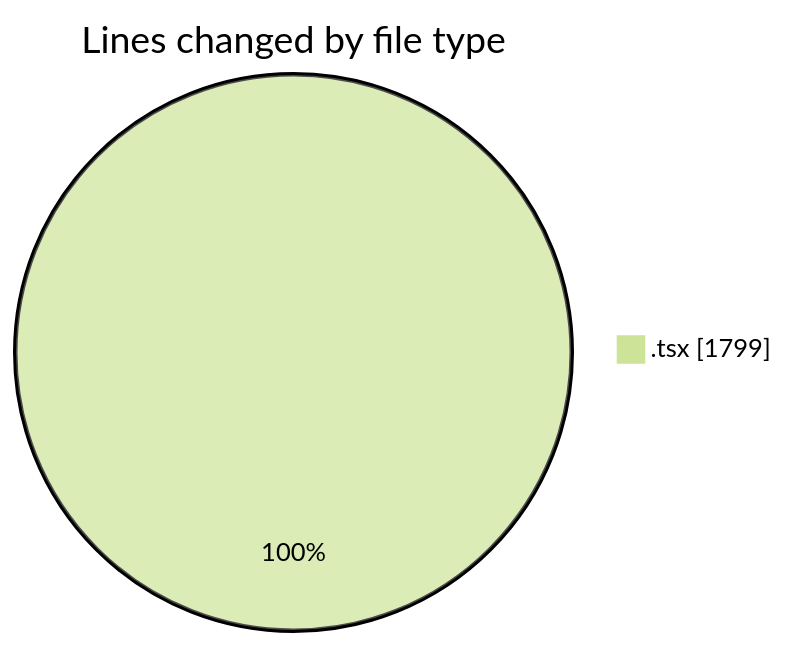
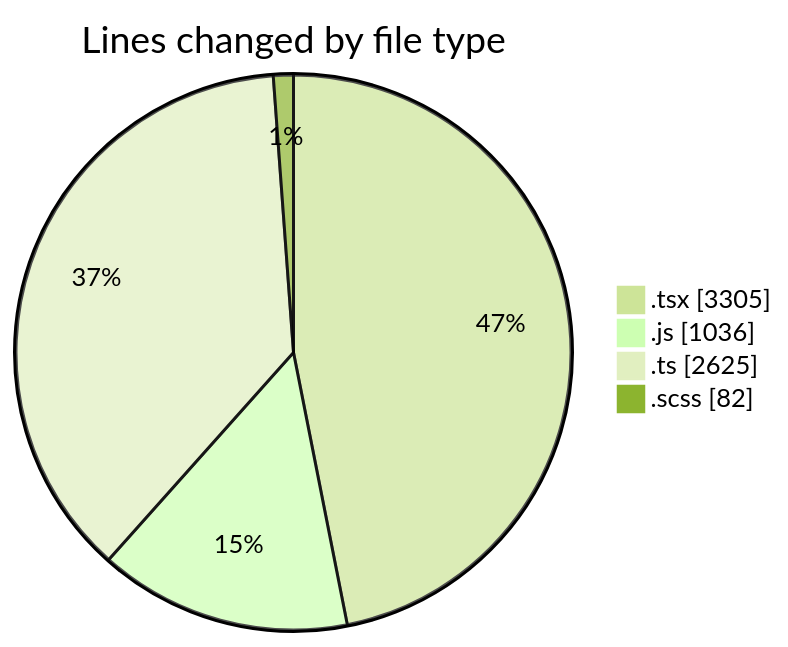
Before and after one commit to momahboobian/code-tracking: the first of 2 diagrams in 2026-10-07/cda/README.md, drawn with Mermaid (forest theme). The commit also changed other lines of this file and 1 other file, not shown here.

````diff
--- a/2026-10-07/cda/README.md
+++ b/2026-10-07/cda/README.md
@@ -23,5 +45,8 @@
 ```mermaid
 pie showData
 title Lines changed by file type
-".tsx" : 1799
+".tsx" : 3305
+".js" : 1036
+".ts" : 2625
+".scss" : 82
 ```
````
